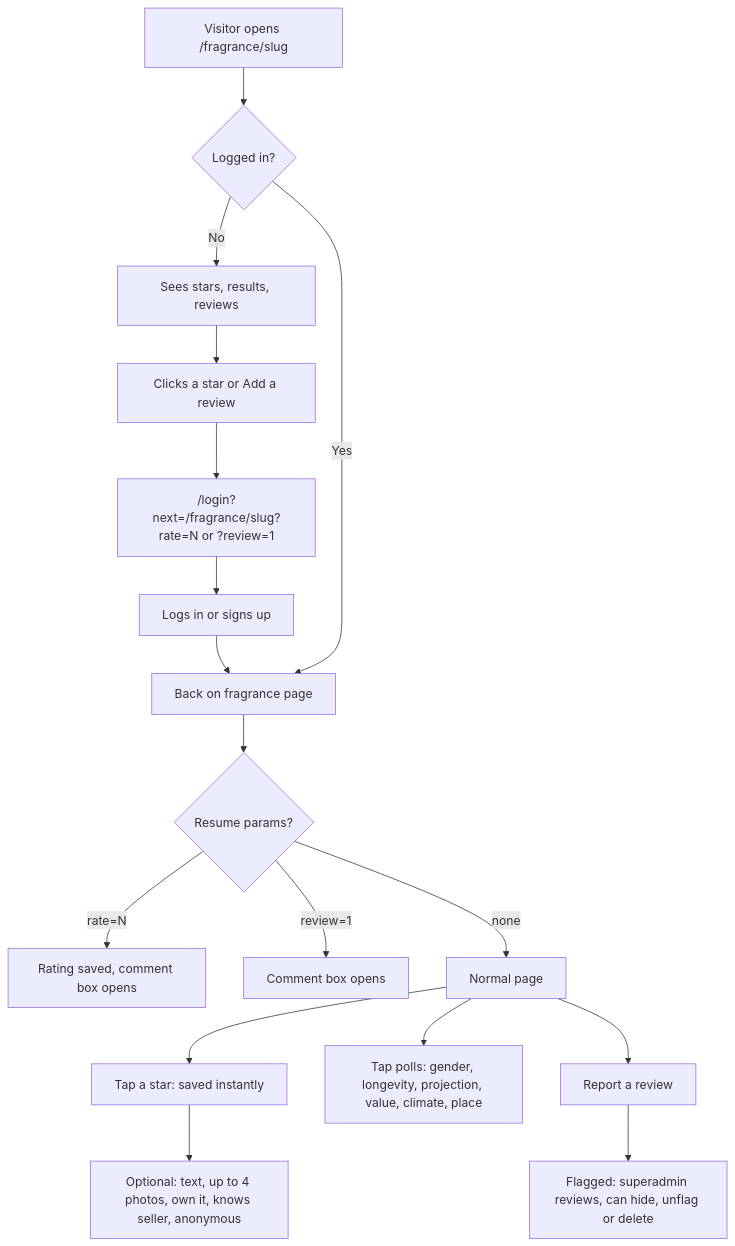
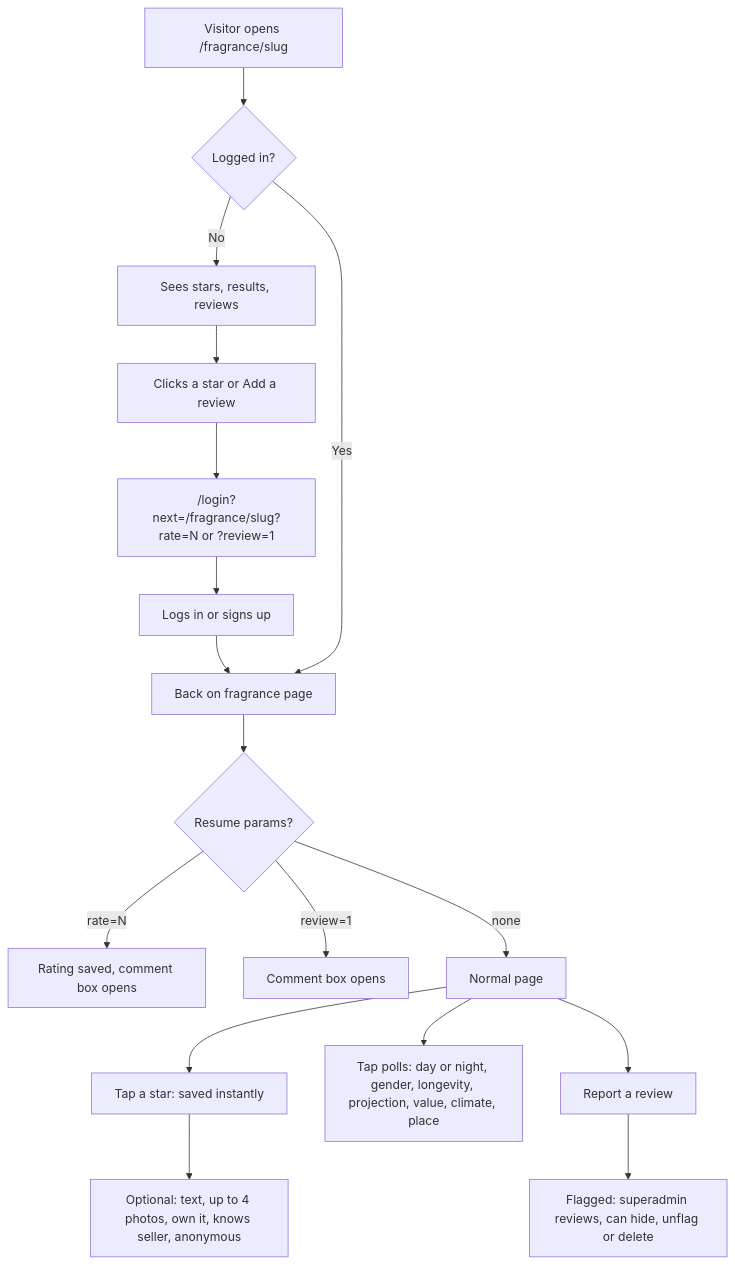
The sixth of 8 diagrams in docs/WORKFLOWS.md (rafidelahi-dev/Perfume-Shop), drawn with Mermaid before and after one commit. The commit also changed other lines of this file and 5 other files, not shown here.

Commit message:
feat: day or night spectrum poll on fragrance pages

````diff
--- a/docs/WORKFLOWS.md
+++ b/docs/WORKFLOWS.md
@@ -279,19 +279,19 @@
 ```mermaid
 flowchart TD
     A[Visitor opens /fragrance/slug] --> B{Logged in?}
     B -- No --> C[Sees stars, results, reviews]
     C --> D[Clicks a star or Add a review]
     D --> E["/login?next=/fragrance/slug?rate=N or ?review=1"]
     E --> F[Logs in or signs up]
     F --> G[Back on fragrance page]
     B -- Yes --> G
     G --> H{Resume params?}
     H -- rate=N --> I[Rating saved, comment box opens]
     H -- review=1 --> J[Comment box opens]
     H -- none --> K[Normal page]
     K --> L[Tap a star: saved instantly]
     L --> M[Optional: text, up to 4 photos, own it, knows seller, anonymous]
-    K --> N[Tap polls: gender, longevity, projection, value, climate, place]
+    K --> N[Tap polls: day or night, gender, longevity, projection, value, climate, place]
     K --> O[Report a review]
     O --> P[Flagged: superadmin reviews, can hide, unflag or delete]
 ```
````
